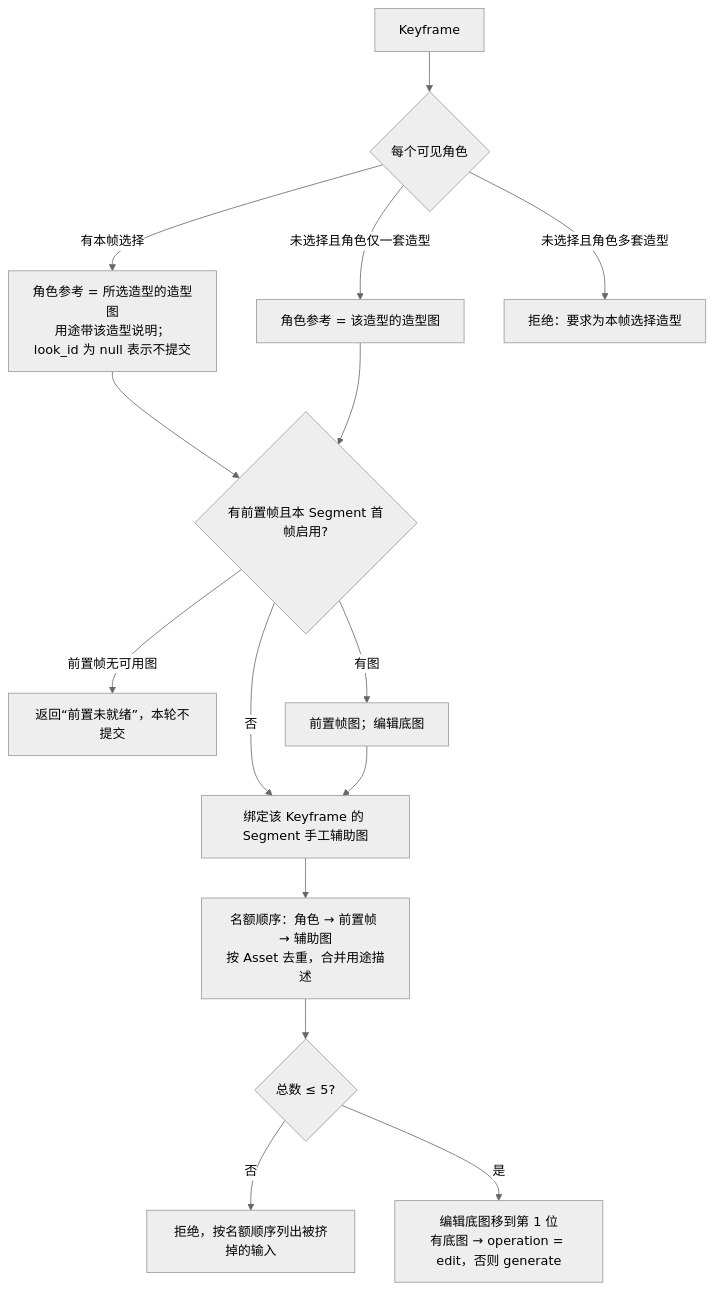
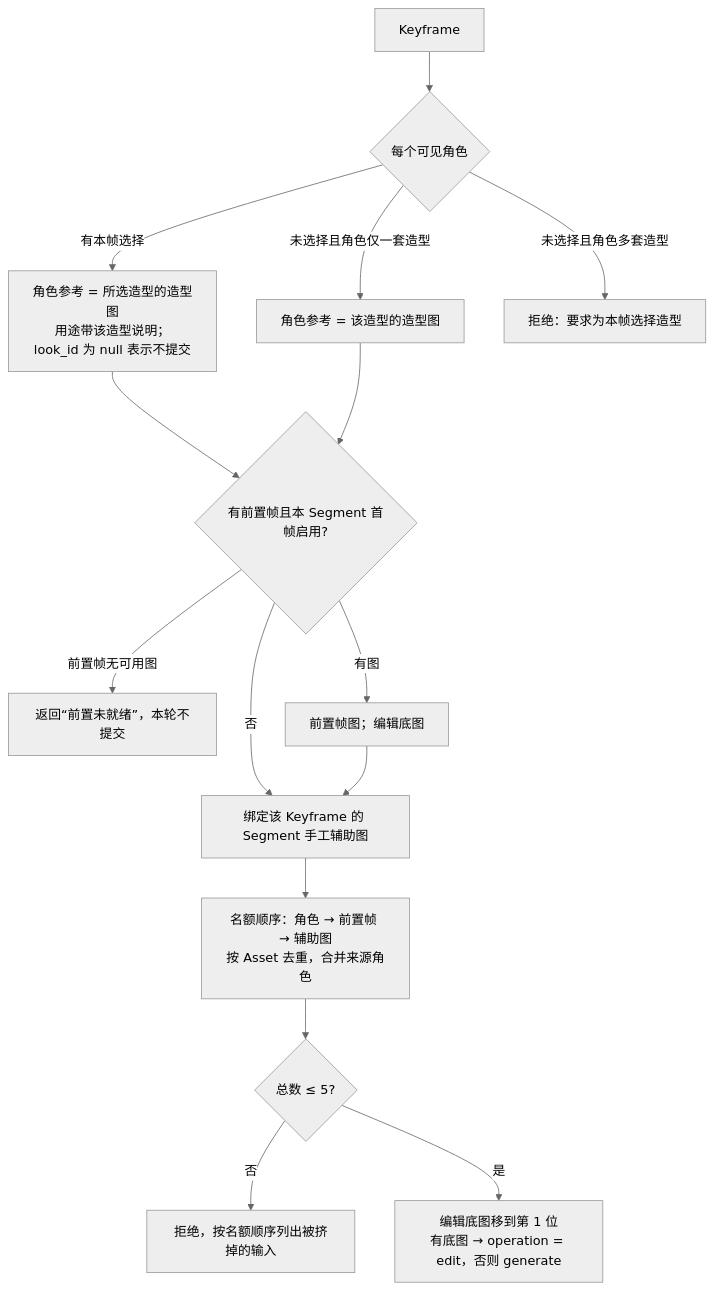
Before and after one commit to LJXLJXLJX/StoryRail: the fourth of 10 diagrams in docs/data-flow.md, drawn with Mermaid (neutral theme). The commit also changed other lines of this file and 49 other files, not shown here.

````diff
--- a/docs/data-flow.md
+++ b/docs/data-flow.md
@@ -101,16 +101,16 @@
 ```mermaid
 flowchart TB
     start[Keyframe] --> chars{每个可见角色}
     chars -- 有本帧选择 --> c1[角色参考 = 所选造型的造型图<br/>用途带该造型说明；look_id 为 null 表示不提交]
     chars -- 未选择且角色仅一套造型 --> c2[角色参考 = 该造型的造型图]
     chars -- 未选择且角色多套造型 --> creject[拒绝：要求为本帧选择造型]
     c1 & c2 --> pred{有前置帧且本 Segment 首帧启用?}
     pred -- 前置帧无可用图 --> wait[返回“前置未就绪”，本轮不提交]
     pred -- 有图 --> p1[前置帧图；编辑底图]
     pred -- 否 --> aux
     p1 --> aux[绑定该 Keyframe 的 Segment 手工辅助图]
-    aux --> dedupe[名额顺序：角色 → 前置帧 → 辅助图<br/>按 Asset 去重，合并用途描述]
+    aux --> dedupe[名额顺序：角色 → 前置帧 → 辅助图<br/>按 Asset 去重，合并来源角色]
     dedupe --> limit{总数 ≤ 5?}
     limit -- 否 --> reject[拒绝，按名额顺序列出被挤掉的输入]
     limit -- 是 --> op[编辑底图移到第 1 位<br/>有底图 → operation = edit，否则 generate]
 ```
````
